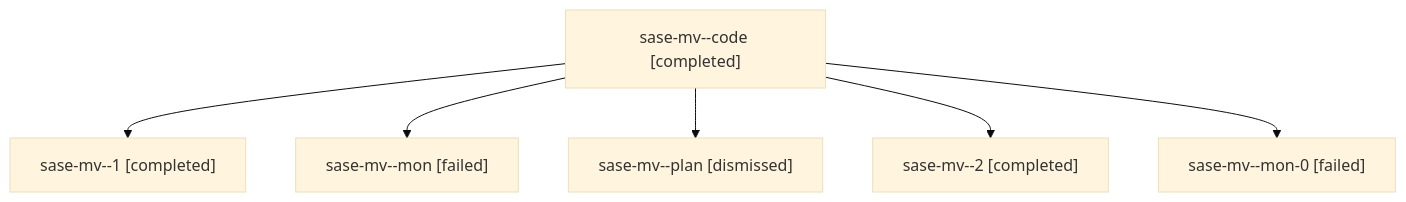
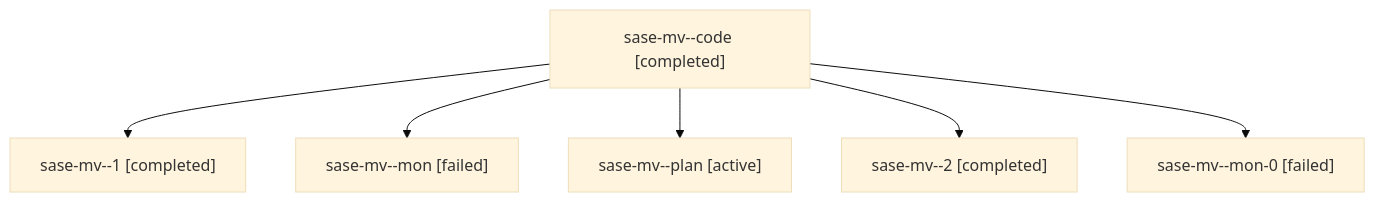
One commit to sase-org/sase--agents changed the diagram in families/bbugyi200.athena.sase-mv.md. Above: the diagram before and after it, drawn with Mermaid (base theme). The commit also changed other lines of this file and 35830 other files, not shown here.

````diff
--- a/families/bbugyi200.athena.sase-mv.md
+++ b/families/bbugyi200.athena.sase-mv.md
@@ -9,14 +9,14 @@
 ```mermaid
 flowchart TD
   n0["sase-mv--code [completed]"]
   n1["sase-mv--1 [completed]"]
   n0 --> n1
   n2["sase-mv--mon [failed]"]
   n0 --> n2
-  n3["sase-mv--plan [dismissed]"]
+  n3["sase-mv--plan [active]"]
   n0 --> n3
   n4["sase-mv--2 [completed]"]
   n0 --> n4
   n5["sase-mv--mon-0 [failed]"]
   n0 --> n5
 ```
````
